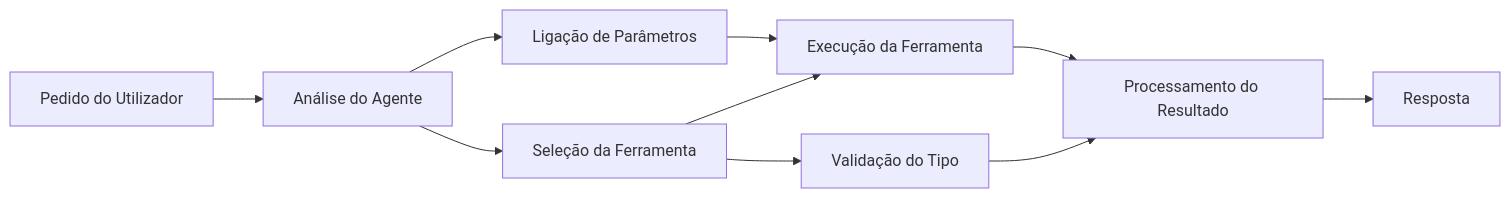
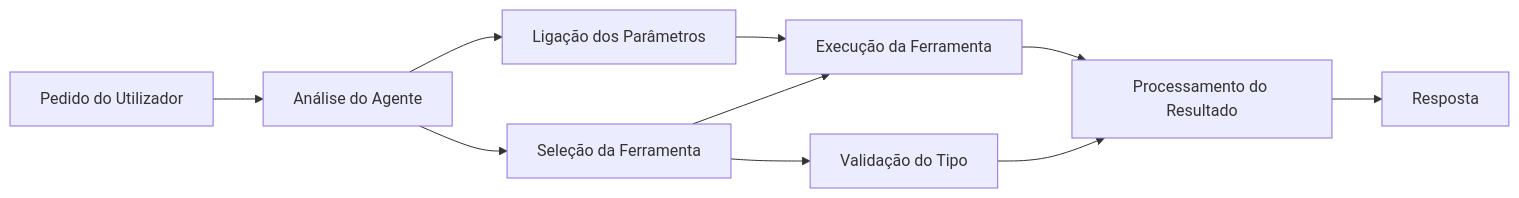
One commit to venturemavenwill/azureaifundamentals changed the diagram in translations/pt-PT/04-tool-use/code_samples/04-dotnet-agent-framework.md. Above: the diagram before and after it, drawn with Mermaid. The commit also changed other lines of this file and 2002 other files, not shown here.

````diff
--- a/translations/pt-PT/04-tool-use/code_samples/04-dotnet-agent-framework.md
+++ b/translations/pt-PT/04-tool-use/code_samples/04-dotnet-agent-framework.md
@@ -40,12 +40,12 @@
 ```mermaid
 graph LR
     A[Pedido do Utilizador] --> B[Análise do Agente]
     B --> C[Seleção da Ferramenta]
     C --> D[Validação do Tipo]
-    B --> E[Ligação de Parâmetros]
+    B --> E[Ligação dos Parâmetros]
     E --> F[Execução da Ferramenta]
     C --> F
     F --> G[Processamento do Resultado]
     D --> G
     G --> H[Resposta]
 ```
````
